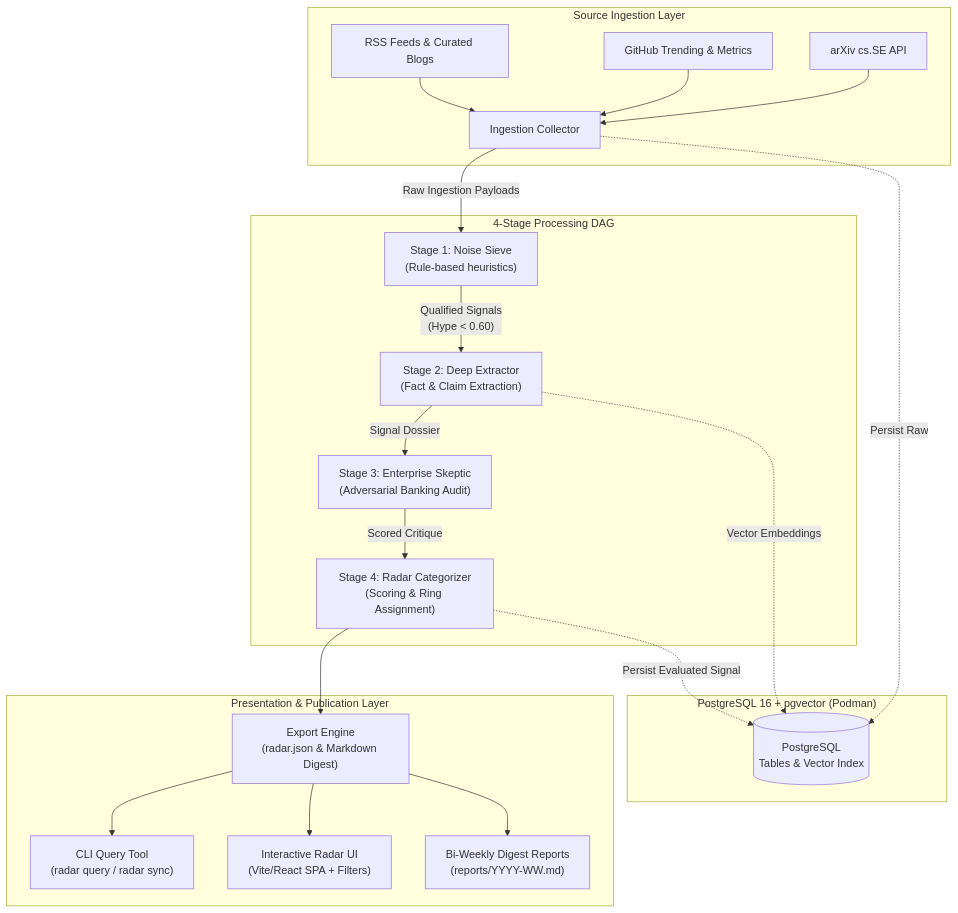
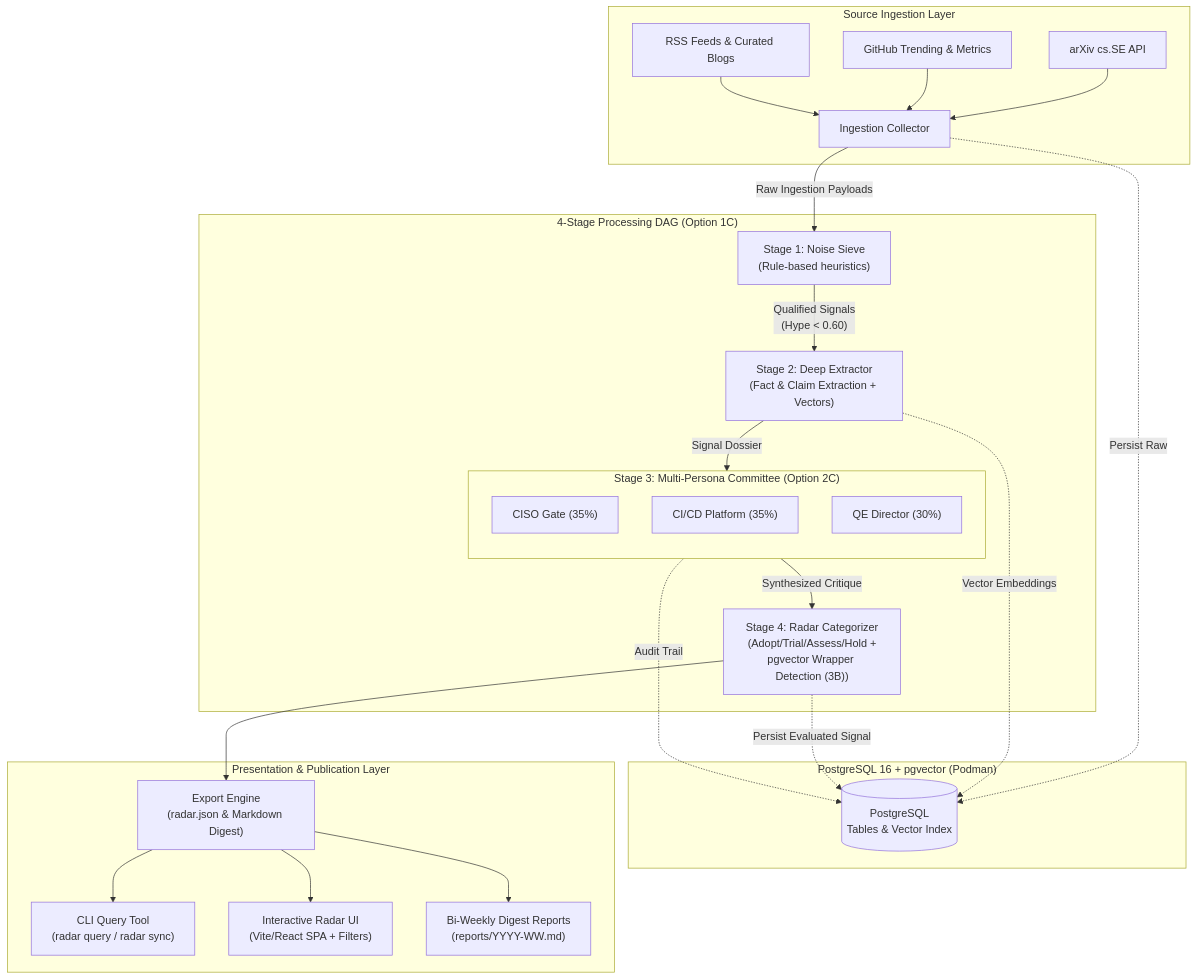
The first of 3 diagrams in docs/design/architecture.md (cdr74/trend_research), drawn with Mermaid before and after one commit. The commit also changed other lines of this file and 8 other files, not shown here.

Commit message:
docs(adr): lock in 1C, 2C, 3B architecture decisions in ADR-0000, schemas, and design docs (Ref: ADR-0000, Backlog M1-T1)

````diff
--- a/docs/design/architecture.md
+++ b/docs/design/architecture.md
@@ -15,30 +15,39 @@
 ```mermaid
 flowchart TD
     subgraph Ingestion ["Source Ingestion Layer"]
         A1["arXiv cs.SE API"] --> ING["Ingestion Collector"]
         A2["GitHub Trending & Metrics"] --> ING
         A3["RSS Feeds & Curated Blogs"] --> ING
     end
 
     subgraph Storage ["PostgreSQL 16 + pgvector (Podman)"]
         DB[("PostgreSQL\nTables & Vector Index")]
     end
 
-    subgraph Pipeline ["4-Stage Processing DAG"]
+    subgraph Pipeline ["4-Stage Processing DAG (Option 1C)"]
         ING -->|"Raw Ingestion Payloads"| ST1["Stage 1: Noise Sieve\n(Rule-based heuristics)"]
-        ST1 -->|"Qualified Signals\n(Hype < 0.60)"| ST2["Stage 2: Deep Extractor\n(Fact & Claim Extraction)"]
-        ST2 -->|"Signal Dossier"| ST3["Stage 3: Enterprise Skeptic\n(Adversarial Banking Audit)"]
-        ST3 -->|"Scored Critique"| ST4["Stage 4: Radar Categorizer\n(Scoring & Ring Assignment)"]
+        ST1 -->|"Qualified Signals\n(Hype < 0.60)"| ST2["Stage 2: Deep Extractor\n(Fact & Claim Extraction + Vectors)"]
+        
+        subgraph Stage3 ["Stage 3: Multi-Persona Committee (Option 2C)"]
+            direction TB
+            P_SEC["CISO Gate (35%)"]
+            P_CICD["CI/CD Platform (35%)"]
+            P_QE["QE Director (30%)"]
+        end
+
+        ST2 -->|"Signal Dossier"| Stage3
+        Stage3 -->|"Synthesized Critique"| ST4["Stage 4: Radar Categorizer\n(Adopt/Trial/Assess/Hold +\npgvector Wrapper Detection (3B))"]
     end
 
     ING -.->|"Persist Raw"| DB
     ST2 -.->|"Vector Embeddings"| DB
+    Stage3 -.->|"Audit Trail"| DB
     ST4 -.->|"Persist Evaluated Signal"| DB
 
     subgraph Presentation ["Presentation & Publication Layer"]
         ST4 --> EXP["Export Engine\n(radar.json & Markdown Digest)"]
         EXP --> CLI["CLI Query Tool\n(radar query / radar sync)"]
         EXP --> WEB["Interactive Radar UI\n(Vite/React SPA + Filters)"]
         EXP --> REP["Bi-Weekly Digest Reports\n(reports/YYYY-WW.md)"]
     end
 ```
````
